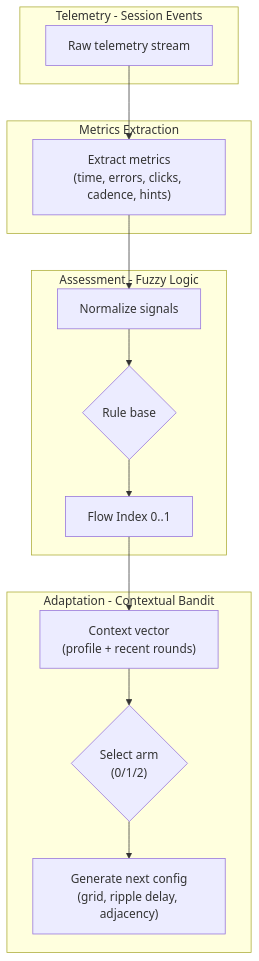
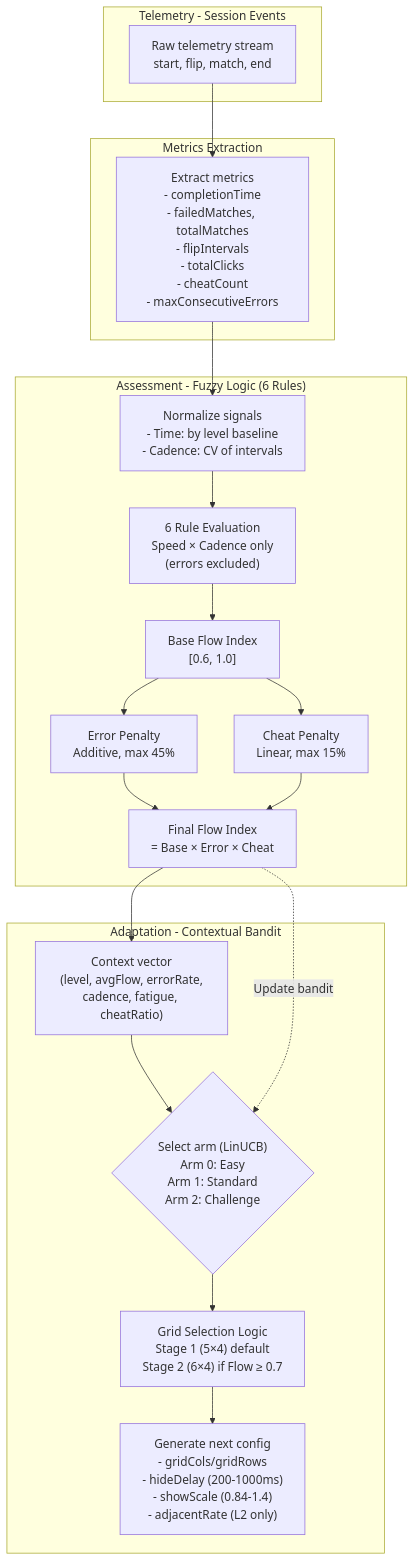
One commit to DDMYmia/Memory-Game-He-Maumahara changed the fourth of 10 diagrams in docs/SYSTEM_DIAGRAMS.md. Above: the diagram before and after it, drawn with Mermaid. The commit also changed other lines of this file and 3 other files, not shown here.

````diff
--- a/docs/SYSTEM_DIAGRAMS.md
+++ b/docs/SYSTEM_DIAGRAMS.md
@@ -123,30 +195,42 @@
 ```mermaid
 flowchart TD
     subgraph "Telemetry - Session Events"
-        Evt[Raw telemetry stream]
+        Evt[Raw telemetry stream<br/>start, flip, match, end]
     end
 
     subgraph "Metrics Extraction"
-        M["Extract metrics<br/>(time, errors, clicks, cadence, hints)"]
+        M["Extract metrics<br/>- completionTime<br/>- failedMatches, totalMatches<br/>- flipIntervals<br/>- totalClicks<br/>- cheatCount<br/>- maxConsecutiveErrors"]
     end
 
-    subgraph "Assessment - Fuzzy Logic"
-        N[Normalize signals]
-        R{Rule base}
-        FI[Flow Index 0..1]
+    subgraph "Assessment - Fuzzy Logic (6 Rules)"
+        N["Normalize signals<br/>- Time: by level baseline<br/>- Cadence: CV of intervals"]
+        R["6 Rule Evaluation<br/>Speed × Cadence only<br/>(errors excluded)"]
+        FI["Base Flow Index<br/>[0.6, 1.0]"]
+        EP["Error Penalty<br/>Additive, max 45%"]
+        CP["Cheat Penalty<br/>Linear, max 15%"]
+        FinalFI["Final Flow Index<br/>= Base × Error × Cheat"]
     end
 
     subgraph "Adaptation - Contextual Bandit"
-        Ctx["Context vector<br/>(profile + recent rounds)"]
-        Arm{"Select arm<br/>(0/1/2)"}
-        Cfg["Generate next config<br/>(grid, ripple delay, adjacency)"]
+        Ctx["Context vector<br/>(level, avgFlow, errorRate,<br/>cadence, fatigue, cheatRatio)"]
+        Arm{"Select arm (LinUCB)<br/>Arm 0: Easy<br/>Arm 1: Standard<br/>Arm 2: Challenge"}
+        Grid["Grid Selection Logic<br/>Stage 1 (5×4) default<br/>Stage 2 (6×4) if Flow ≥ 0.7"]
+        Cfg["Generate next config<br/>- gridCols/gridRows<br/>- hideDelay (200-1000ms)<br/>- showScale (0.84-1.4)<br/>- adjacentRate (L2 only)"]
     end
 
     Evt --> M
     M --> N
     N --> R
     R --> FI
-    FI --> Ctx
+    FI --> EP
+    FI --> CP
+    EP --> FinalFI
+    CP --> FinalFI
+    
+    FinalFI --> Ctx
     Ctx --> Arm
-    Arm --> Cfg
+    Arm --> Grid
+    Grid --> Cfg
+    
+    FinalFI -.->|Update bandit| Arm
 ```
````
